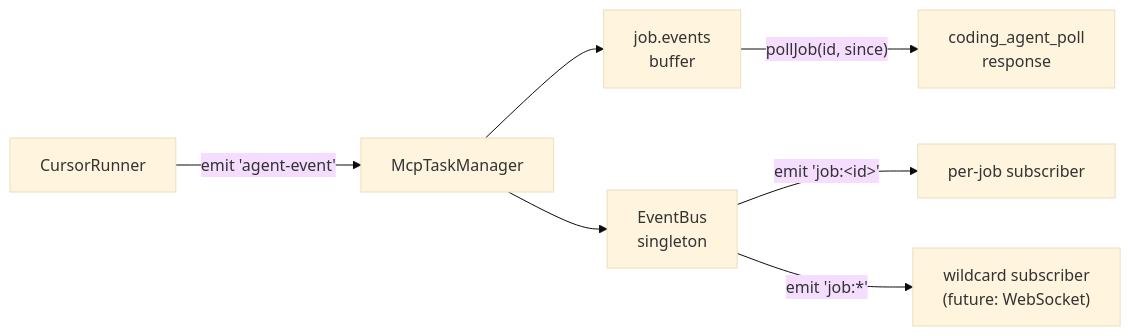
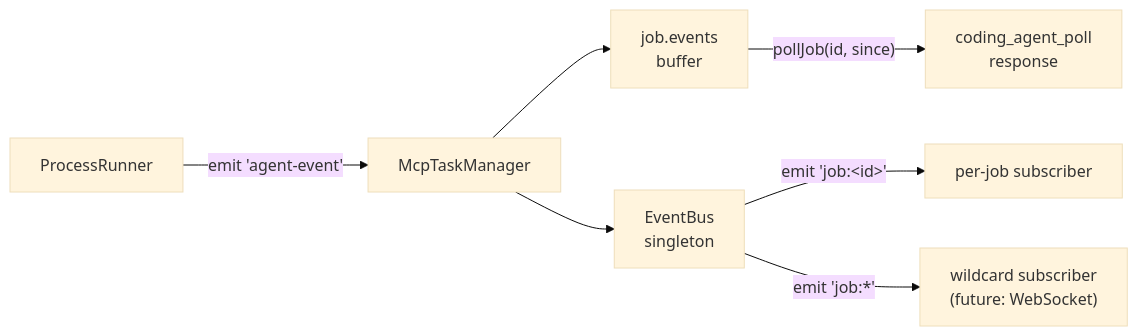
One commit to casabre/coding-agent-a2a changed the seventh of 8 diagrams in docs/architecture.md. Above: the diagram before and after it, drawn with Mermaid (base theme). The commit also changed other lines of this file and 20 other files, not shown here.

First line of the commit message:
refactor: introduce Runner port and ProcessAdapter, rename Cursor* core

````diff
--- a/docs/architecture.md
+++ b/docs/architecture.md
@@ -325,9 +325,9 @@
 ```mermaid
 graph LR
-    RN["CursorRunner"] -->|"emit 'agent-event'"| TM["McpTaskManager"]
+    RN["ProcessRunner"] -->|"emit 'agent-event'"| TM["McpTaskManager"]
     TM --> BUF["job.events\nbuffer"]
     TM --> EB["EventBus\nsingleton"]
     BUF -->|"pollJob(id, since)"| POLL["coding_agent_poll\nresponse"]
     EB  -->|"emit 'job:&lt;id&gt;'"| PS["per-job subscriber"]
     EB  -->|"emit 'job:*'"| WS["wildcard subscriber\n(future: WebSocket)"]
 ```
````
